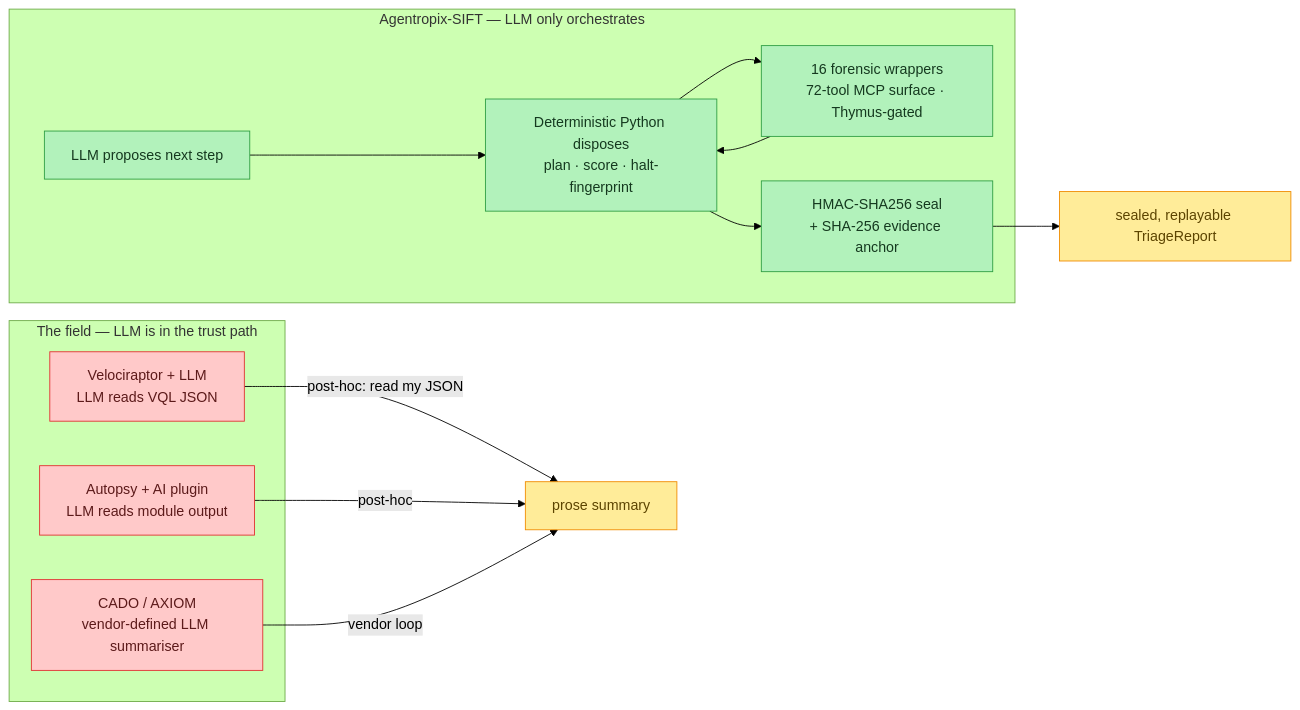
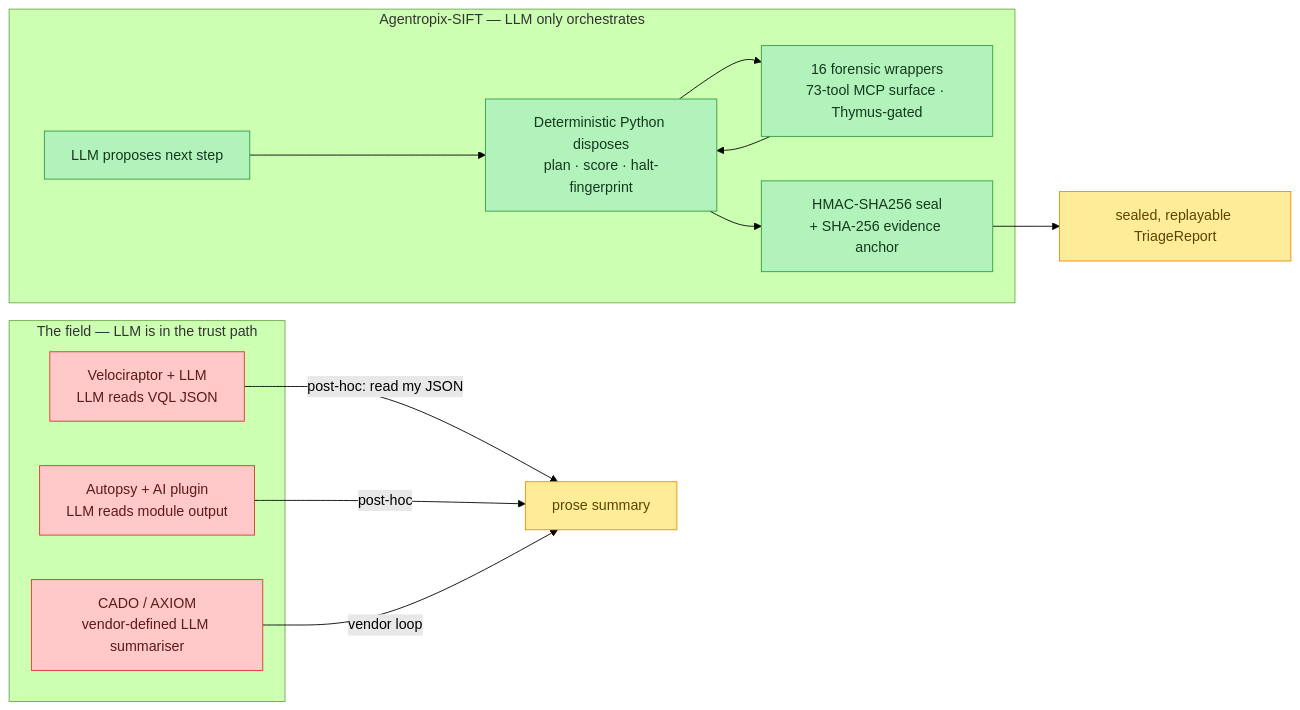
One commit to galvangabriel-web/agentropix-mcp changed the diagram in docs/01-overview/competitive-positioning.md. Above: the diagram before and after it, drawn with Mermaid (forest theme). The commit also changed other lines of this file and 80 other files, not shown here.

````diff
--- a/docs/01-overview/competitive-positioning.md
+++ b/docs/01-overview/competitive-positioning.md
@@ -172,30 +172,30 @@
 ```mermaid
 flowchart LR
     subgraph FIELD["The field — LLM is in the trust path"]
         V["Velociraptor + LLM<br/>LLM reads VQL JSON"]
         A["Autopsy + AI plugin<br/>LLM reads module output"]
         C["CADO / AXIOM<br/>vendor-defined LLM summariser"]
     end
     subgraph OURS["Agentropix-SIFT — LLM only orchestrates"]
         ORCH["LLM proposes next step"]
         DET["Deterministic Python disposes<br/>plan · score · halt-fingerprint"]
-        TOOLS["16 forensic wrappers<br/>72-tool MCP surface · Thymus-gated"]
+        TOOLS["16 forensic wrappers<br/>73-tool MCP surface · Thymus-gated"]
         SEAL["HMAC-SHA256 seal<br/>+ SHA-256 evidence anchor"]
     end
 
     V -->|"post-hoc: read my JSON"| OUT1["prose summary"]
     A -->|"post-hoc"| OUT1
     C -->|"vendor loop"| OUT1
     ORCH --> DET
     DET --> TOOLS
     TOOLS --> DET
     DET --> SEAL
     SEAL --> OUT2["sealed, replayable TriageReport"]
 
     classDef field fill:#ffc9c9,stroke:#e03131,color:#5c1a1a
     classDef ours fill:#b2f2bb,stroke:#2f9e44,color:#15391f
     classDef sink fill:#ffec99,stroke:#f08c00,color:#5c4400
     class V,A,C field
     class ORCH,DET,TOOLS,SEAL ours
     class OUT1,OUT2 sink
 ```
````
